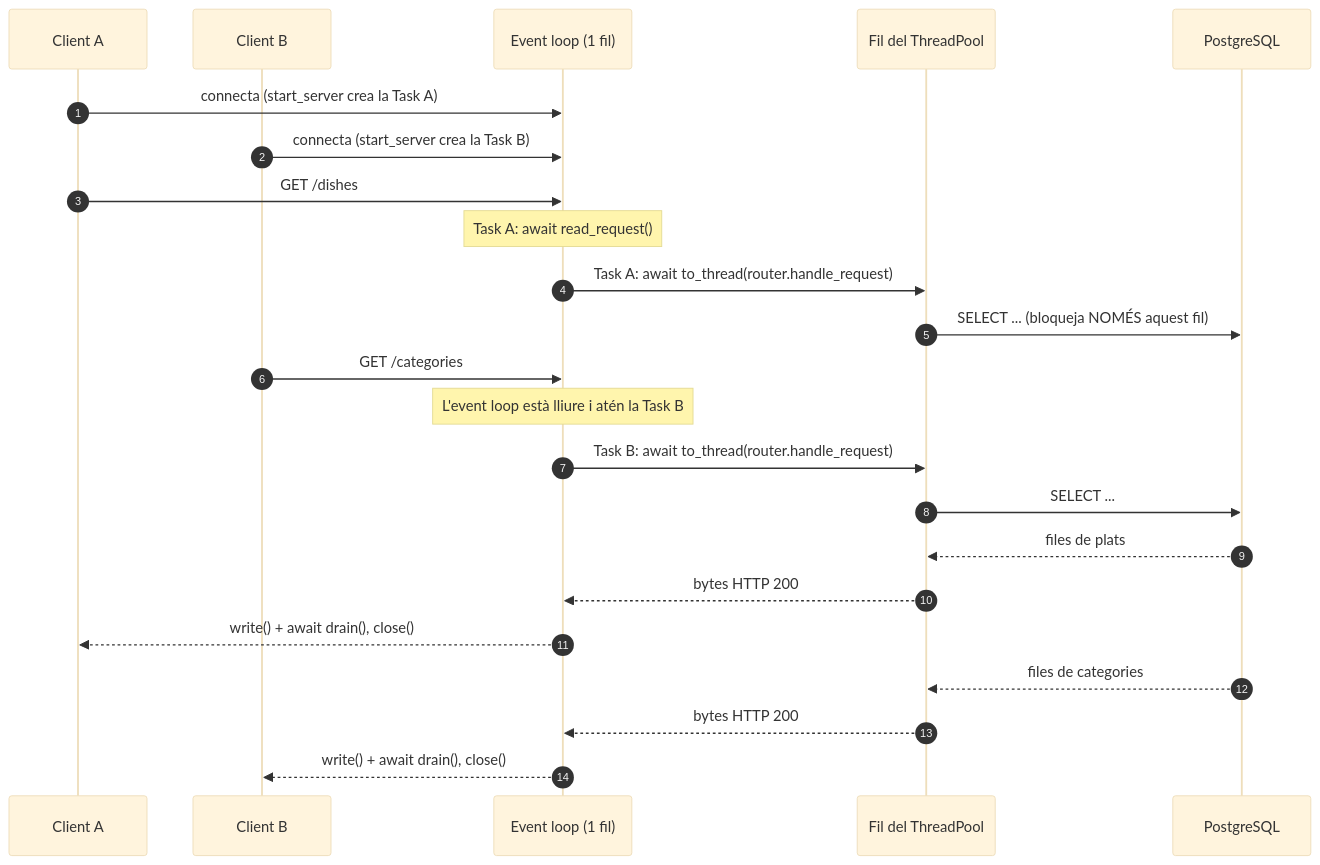
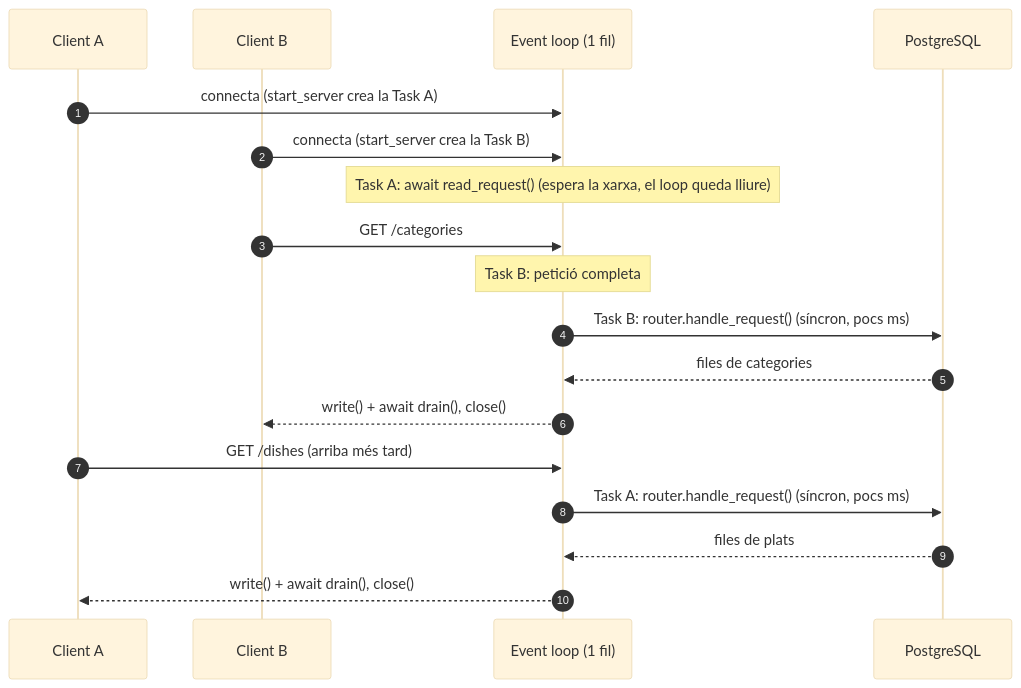
Before and after one commit to MarcCodinaLlonch/restaurant_backoffice: the second of 3 diagrams in docs/ARCHITECTURE_CAT.md, drawn with Mermaid (base theme). The commit also changed other lines of this file and 19 other files, not shown here.

Commit message:
docs: synchronous DB called directly, updated diagrams, DB impact analysis and evidence

````diff
--- a/docs/ARCHITECTURE_CAT.md
+++ b/docs/ARCHITECTURE_CAT.md
@@ -62,26 +60,21 @@
 ```mermaid
 sequenceDiagram
     autonumber
     participant A as Client A
     participant B as Client B
     participant EL as Event loop (1 fil)
-    participant TP as Fil del ThreadPool
     participant DB as PostgreSQL
 
     A->>EL: connecta (start_server crea la Task A)
     B->>EL: connecta (start_server crea la Task B)
-    A->>EL: GET /dishes
-    Note over EL: Task A: await read_request()
-    EL->>TP: Task A: await to_thread(router.handle_request)
-    TP->>DB: SELECT ... (bloqueja NOMÉS aquest fil)
+    Note over EL: Task A: await read_request() (espera la xarxa, el loop queda lliure)
     B->>EL: GET /categories
-    Note over EL: L'event loop està lliure i atén la Task B
-    EL->>TP: Task B: await to_thread(router.handle_request)
-    TP->>DB: SELECT ...
-    DB-->>TP: files de plats
-    TP-->>EL: bytes HTTP 200
+    Note over EL: Task B: petició completa
+    EL->>DB: Task B: router.handle_request() (síncron, pocs ms)
+    DB-->>EL: files de categories
+    EL-->>B: write() + await drain(), close()
+    A->>EL: GET /dishes (arriba més tard)
+    EL->>DB: Task A: router.handle_request() (síncron, pocs ms)
+    DB-->>EL: files de plats
     EL-->>A: write() + await drain(), close()
-    DB-->>TP: files de categories
-    TP-->>EL: bytes HTTP 200
-    EL-->>B: write() + await drain(), close()
 ```
````
